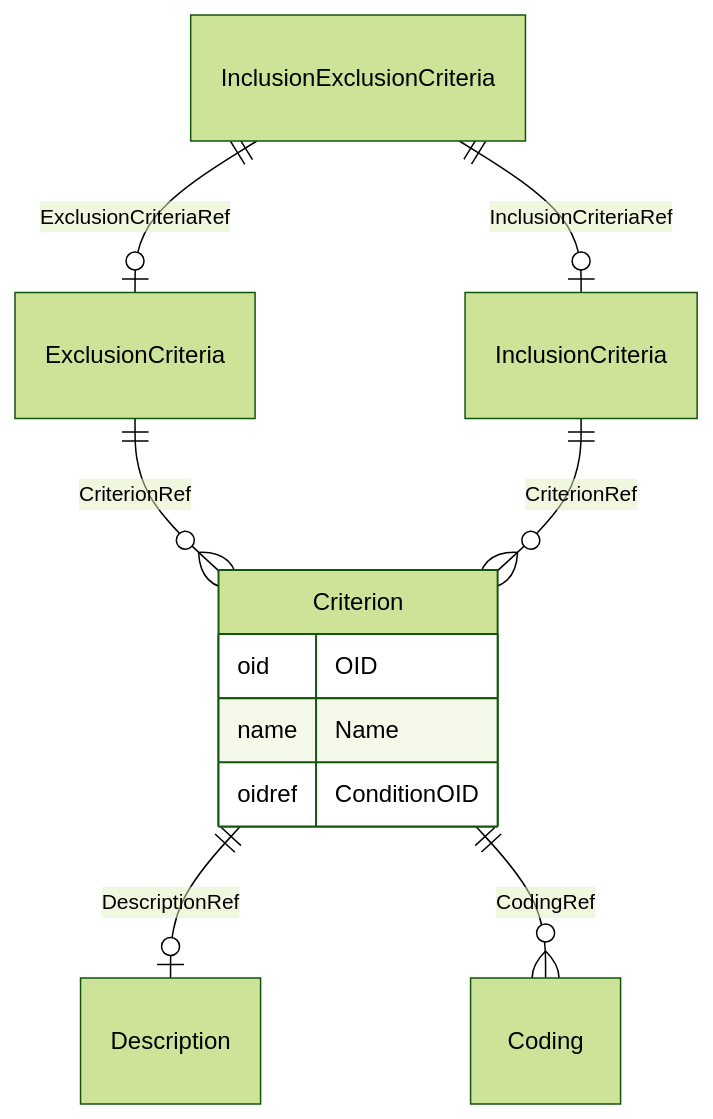
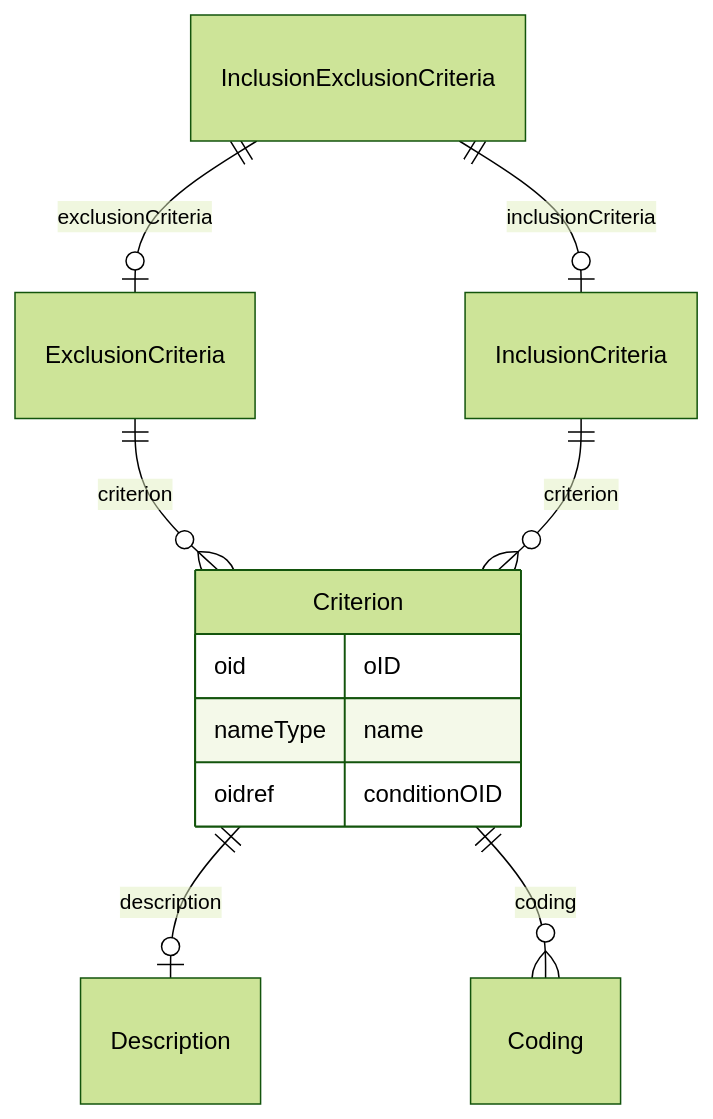
One commit to cdisc-org/DataExchange-ODM-LinkML changed the diagram in docs/InclusionExclusionCriteria.md. Above: the diagram before and after it, drawn with Mermaid (forest theme). The commit also changed other lines of this file and 759 other files, not shown here.

````diff
--- a/docs/InclusionExclusionCriteria.md
+++ b/docs/InclusionExclusionCriteria.md
@@ -11,25 +11,25 @@
 ```mermaid
 erDiagram
 InclusionExclusionCriteria {
 
 }
 ExclusionCriteria {
 
 }
 Criterion {
-    oid OID  
-    name Name  
-    oidref ConditionOID  
+    oid oID  
+    nameType name  
+    oidref conditionOID  
 }
 InclusionCriteria {
 
 }
 
-InclusionExclusionCriteria ||--|o InclusionCriteria : "InclusionCriteriaRef"
-InclusionExclusionCriteria ||--|o ExclusionCriteria : "ExclusionCriteriaRef"
-ExclusionCriteria ||--}o Criterion : "CriterionRef"
-Criterion ||--|o Description : "DescriptionRef"
-Criterion ||--}o Coding : "CodingRef"
-InclusionCriteria ||--}o Criterion : "CriterionRef"
+InclusionExclusionCriteria ||--|o InclusionCriteria : "inclusionCriteria"
+InclusionExclusionCriteria ||--|o ExclusionCriteria : "exclusionCriteria"
+ExclusionCriteria ||--}o Criterion : "criterion"
+Criterion ||--|o Description : "description"
+Criterion ||--}o Coding : "coding"
+InclusionCriteria ||--}o Criterion : "criterion"
 
 ```
````
